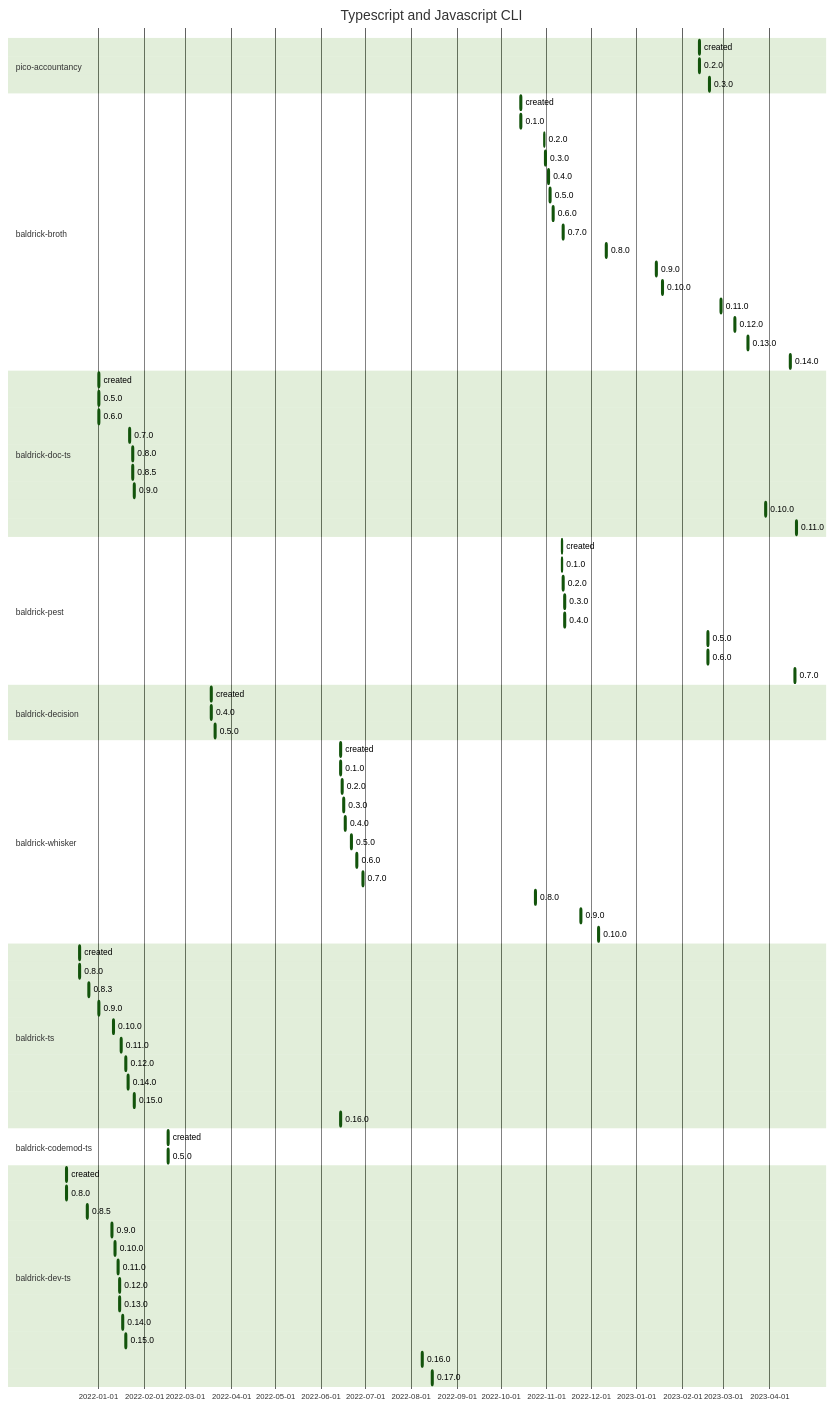
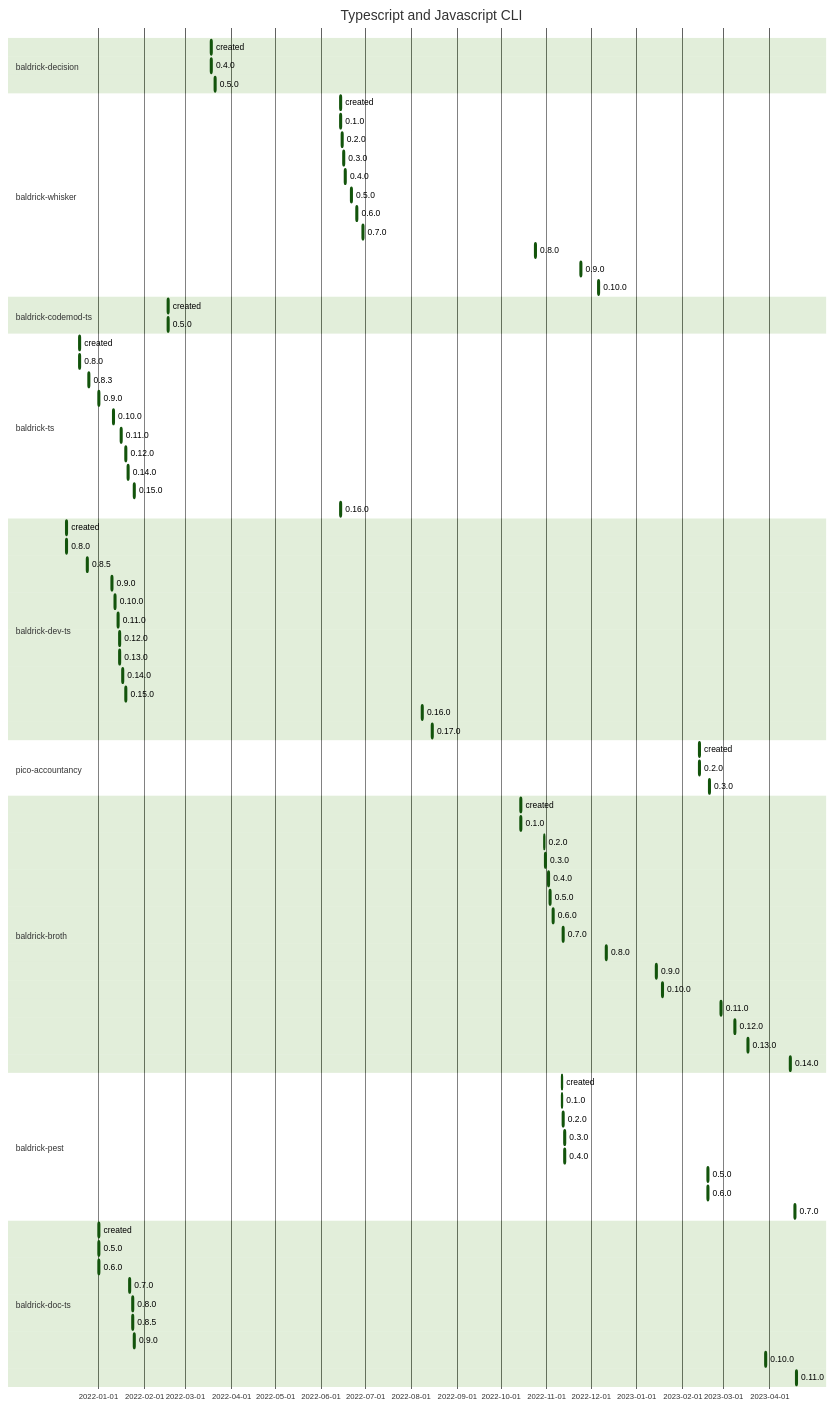
One commit to flarebyte/overview changed the third of 4 diagrams in SOFTWARE-TIMELINE.md. Above: the diagram before and after it, drawn with Mermaid (forest theme). The commit also changed other lines of this file and 3 other files, not shown here.

````diff
--- a/SOFTWARE-TIMELINE.md
+++ b/SOFTWARE-TIMELINE.md
@@ -108,6 +108,59 @@
 gantt
     title Typescript and Javascript CLI
     dateFormat  YYYY-MM-DD
+
+    section baldrick-decision
+    created:, 2022-03-18, 1d
+    0.4.0:, 2022-03-18, 1d
+    0.5.0:, 2022-03-21, 1d
+
+
+    section baldrick-whisker
+    created:, 2022-06-14, 1d
+    0.1.0:, 2022-06-14, 1d
+    0.2.0:, 2022-06-15, 1d
+    0.3.0:, 2022-06-16, 1d
+    0.4.0:, 2022-06-17, 1d
+    0.5.0:, 2022-06-21, 1d
+    0.6.0:, 2022-06-25, 1d
+    0.7.0:, 2022-06-29, 1d
+    0.8.0:, 2022-10-24, 1d
+    0.9.0:, 2022-11-24, 1d
+    0.10.0:, 2022-12-06, 1d
+
+
+    section baldrick-codemod-ts
+    created:, 2022-02-17, 1d
+    0.5.0:, 2022-02-17, 1d
+
+
+    section baldrick-ts
+    created:, 2021-12-19, 1d
+    0.8.0:, 2021-12-19, 1d
+    0.8.3:, 2021-12-25, 1d
+    0.9.0:, 2022-01-01, 1d
+    0.10.0:, 2022-01-11, 1d
+    0.11.0:, 2022-01-16, 1d
+    0.12.0:, 2022-01-19, 1d
+    0.14.0:, 2022-01-21, 1d
+    0.15.0:, 2022-01-25, 1d
+    0.16.0:, 2022-06-14, 1d
+
+
+    section baldrick-dev-ts
+    created:, 2021-12-10, 1d
+    0.8.0:, 2021-12-10, 1d
+    0.8.5:, 2021-12-24, 1d
+    0.9.0:, 2022-01-10, 1d
+    0.10.0:, 2022-01-12, 1d
+    0.11.0:, 2022-01-14, 1d
+    0.12.0:, 2022-01-15, 1d
+    0.13.0:, 2022-01-15, 1d
+    0.14.0:, 2022-01-17, 1d
+    0.15.0:, 2022-01-19, 1d
+    0.16.0:, 2022-08-08, 1d
+    0.17.0:, 2022-08-15, 1d
+
 
     section pico-accountancy
     created:, 2023-02-12, 1d
@@ -133,6 +186,17 @@
     0.14.0:, 2023-04-15, 1d
 
 
+    section baldrick-pest
+    created:, 2022-11-11, 1d
+    0.1.0:, 2022-11-11, 1d
+    0.2.0:, 2022-11-12, 1d
+    0.3.0:, 2022-11-13, 1d
+    0.4.0:, 2022-11-13, 1d
+    0.5.0:, 2023-02-18, 1d
+    0.6.0:, 2023-02-18, 1d
+    0.7.0:, 2023-04-18, 1d
+
+
     section baldrick-doc-ts
     created:, 2022-01-01, 1d
     0.5.0:, 2022-01-01, 1d
@@ -144,68 +208,4 @@
     0.10.0:, 2023-03-29, 1d
     0.11.0:, 2023-04-19, 1d
 
-
-    section baldrick-pest
-    created:, 2022-11-11, 1d
-    0.1.0:, 2022-11-11, 1d
-    0.2.0:, 2022-11-12, 1d
-    0.3.0:, 2022-11-13, 1d
-    0.4.0:, 2022-11-13, 1d
-    0.5.0:, 2023-02-18, 1d
-    0.6.0:, 2023-02-18, 1d
-    0.7.0:, 2023-04-18, 1d
-
-
-    section baldrick-decision
-    created:, 2022-03-18, 1d
-    0.4.0:, 2022-03-18, 1d
-    0.5.0:, 2022-03-21, 1d
-
-
-    section baldrick-whisker
-    created:, 2022-06-14, 1d
-    0.1.0:, 2022-06-14, 1d
-    0.2.0:, 2022-06-15, 1d
-    0.3.0:, 2022-06-16, 1d
-    0.4.0:, 2022-06-17, 1d
-    0.5.0:, 2022-06-21, 1d
-    0.6.0:, 2022-06-25, 1d
-    0.7.0:, 2022-06-29, 1d
-    0.8.0:, 2022-10-24, 1d
-    0.9.0:, 2022-11-24, 1d
-    0.10.0:, 2022-12-06, 1d
-
-
-    section baldrick-ts
-    created:, 2021-12-19, 1d
-    0.8.0:, 2021-12-19, 1d
-    0.8.3:, 2021-12-25, 1d
-    0.9.0:, 2022-01-01, 1d
-    0.10.0:, 2022-01-11, 1d
-    0.11.0:, 2022-01-16, 1d
-    0.12.0:, 2022-01-19, 1d
-    0.14.0:, 2022-01-21, 1d
-    0.15.0:, 2022-01-25, 1d
-    0.16.0:, 2022-06-14, 1d
-
-
-    section baldrick-codemod-ts
-    created:, 2022-02-17, 1d
-    0.5.0:, 2022-02-17, 1d
-
-
-    section baldrick-dev-ts
-    created:, 2021-12-10, 1d
-    0.8.0:, 2021-12-10, 1d
-    0.8.5:, 2021-12-24, 1d
-    0.9.0:, 2022-01-10, 1d
-    0.10.0:, 2022-01-12, 1d
-    0.11.0:, 2022-01-14, 1d
-    0.12.0:, 2022-01-15, 1d
-    0.13.0:, 2022-01-15, 1d
-    0.14.0:, 2022-01-17, 1d
-    0.15.0:, 2022-01-19, 1d
-    0.16.0:, 2022-08-08, 1d
-    0.17.0:, 2022-08-15, 1d
-
 ```
````
